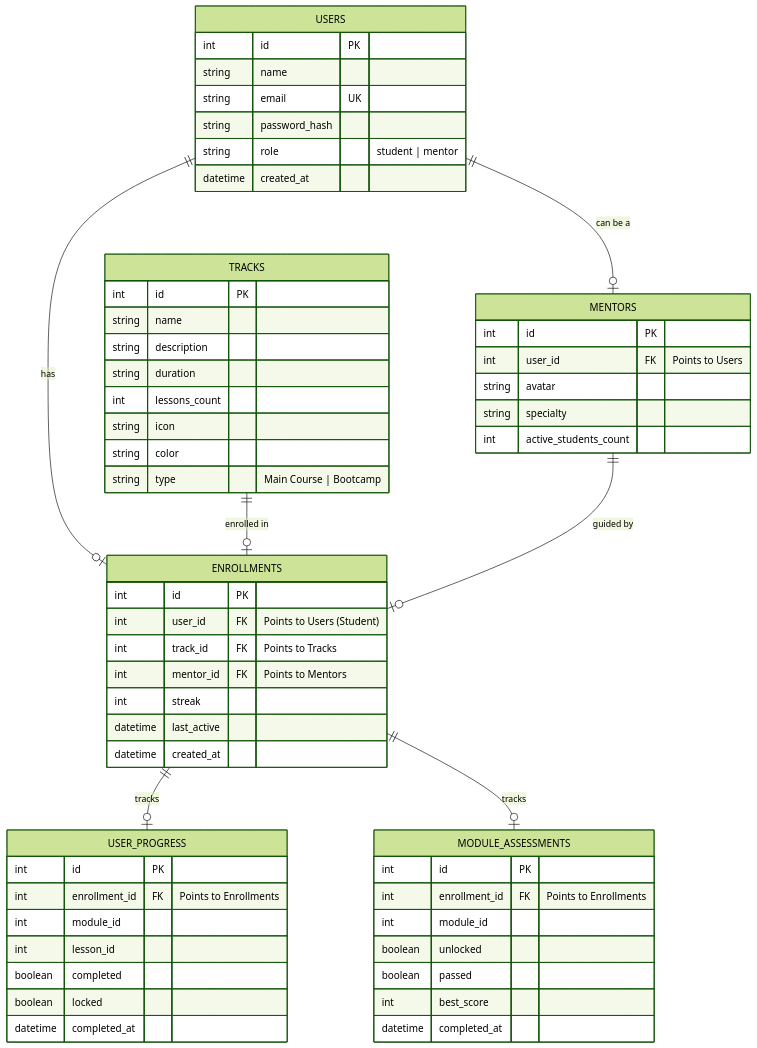
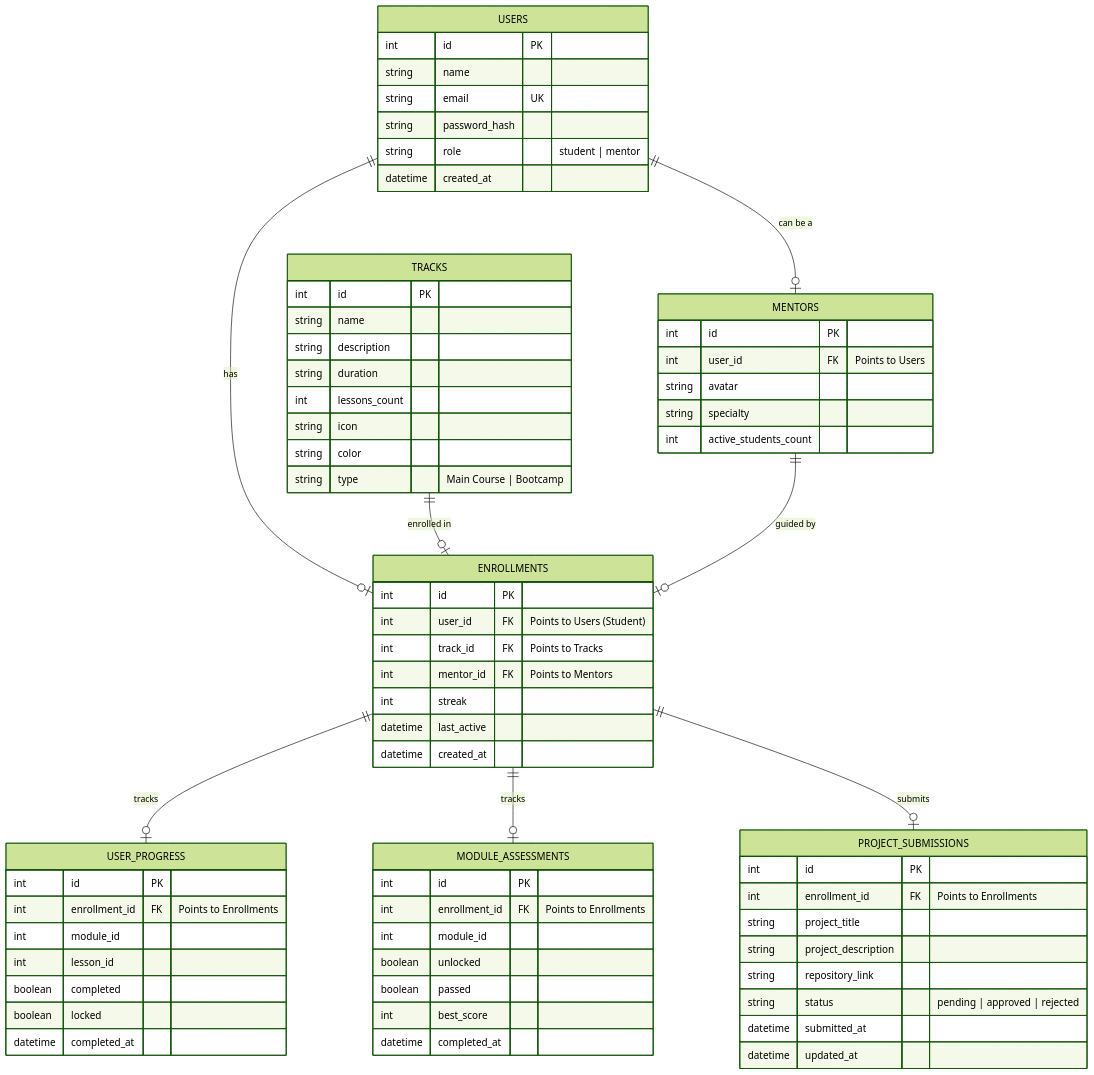
The diagram in BACKEND.md (Itsme-Meenakshi/eduflick1), drawn with Mermaid (forest theme) before and after one commit. The commit also changed other lines of this file and 2 other files, not shown here.

Commit message:
added project submission for student and mentor

````diff
--- a/BACKEND.md
+++ b/BACKEND.md
@@ -22,67 +22,79 @@
 ```mermaid
 erDiagram
     USERS {
         int id PK
         string name
         string email UK
         string password_hash
         string role "student | mentor"
         datetime created_at
     }
 
     TRACKS {
         int id PK
         string name
         string description
         string duration
         int lessons_count
         string icon
         string color
         string type "Main Course | Bootcamp"
     }
 
     MENTORS {
         int id PK
         int user_id FK "Points to Users"
         string avatar
         string specialty
         int active_students_count
     }
 
     ENROLLMENTS {
         int id PK
         int user_id FK "Points to Users (Student)"
         int track_id FK "Points to Tracks"
         int mentor_id FK "Points to Mentors"
         int streak
         datetime last_active
         datetime created_at
     }
 
     USER_PROGRESS {
         int id PK
         int enrollment_id FK "Points to Enrollments"
         int module_id
         int lesson_id
         boolean completed
         boolean locked
         datetime completed_at
     }
 
     MODULE_ASSESSMENTS {
         int id PK
         int enrollment_id FK "Points to Enrollments"
         int module_id
         boolean unlocked
         boolean passed
         int best_score
         datetime completed_at
     }
+
+    PROJECT_SUBMISSIONS {
+        int id PK
+        int enrollment_id FK "Points to Enrollments"
+        string project_title
+        string project_description
+        string repository_link
+        string status "pending | approved | rejected"
+        datetime submitted_at
+        datetime updated_at
+    }
     
     USERS ||--o| MENTORS : "can be a"
     USERS ||--o| ENROLLMENTS : "has"
     TRACKS ||--o| ENROLLMENTS : "enrolled in"
     MENTORS ||--o| ENROLLMENTS : "guided by"
     ENROLLMENTS ||--o| USER_PROGRESS : "tracks"
     ENROLLMENTS ||--o| MODULE_ASSESSMENTS : "tracks"
+    ENROLLMENTS ||--o| PROJECT_SUBMISSIONS : "submits"
 ```
````
